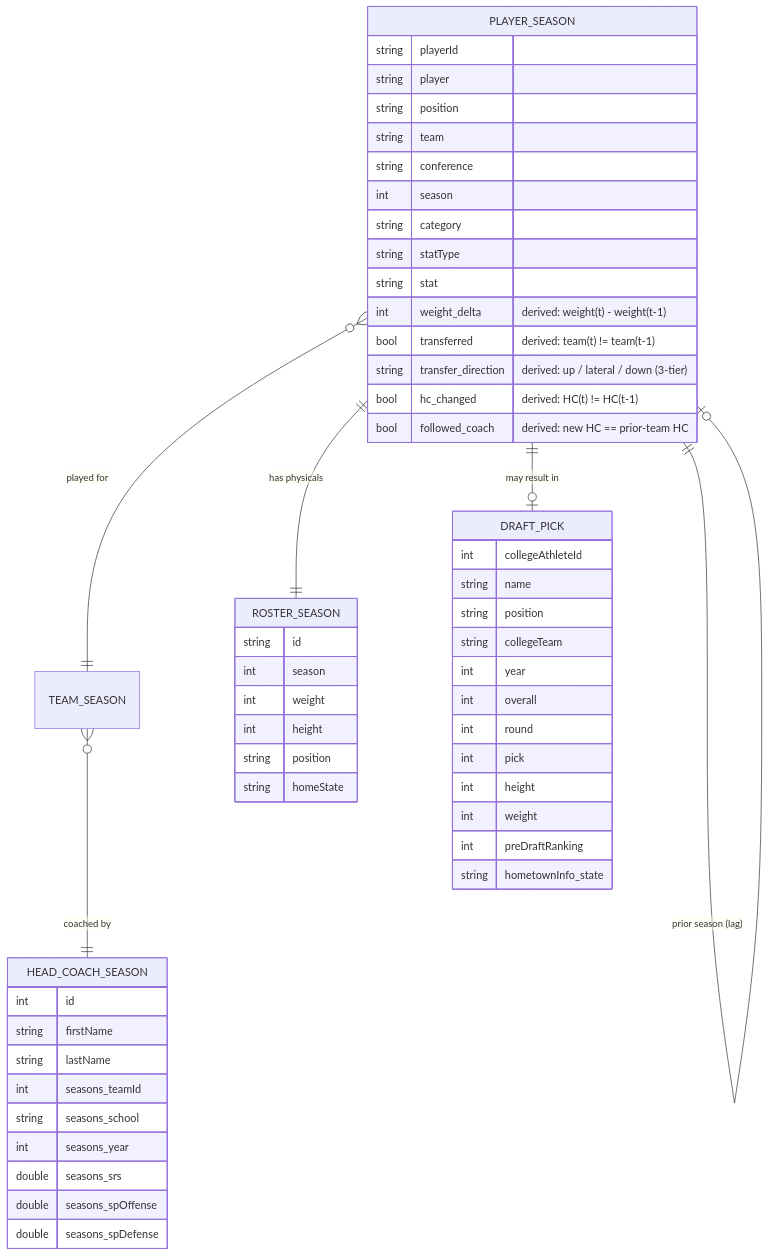
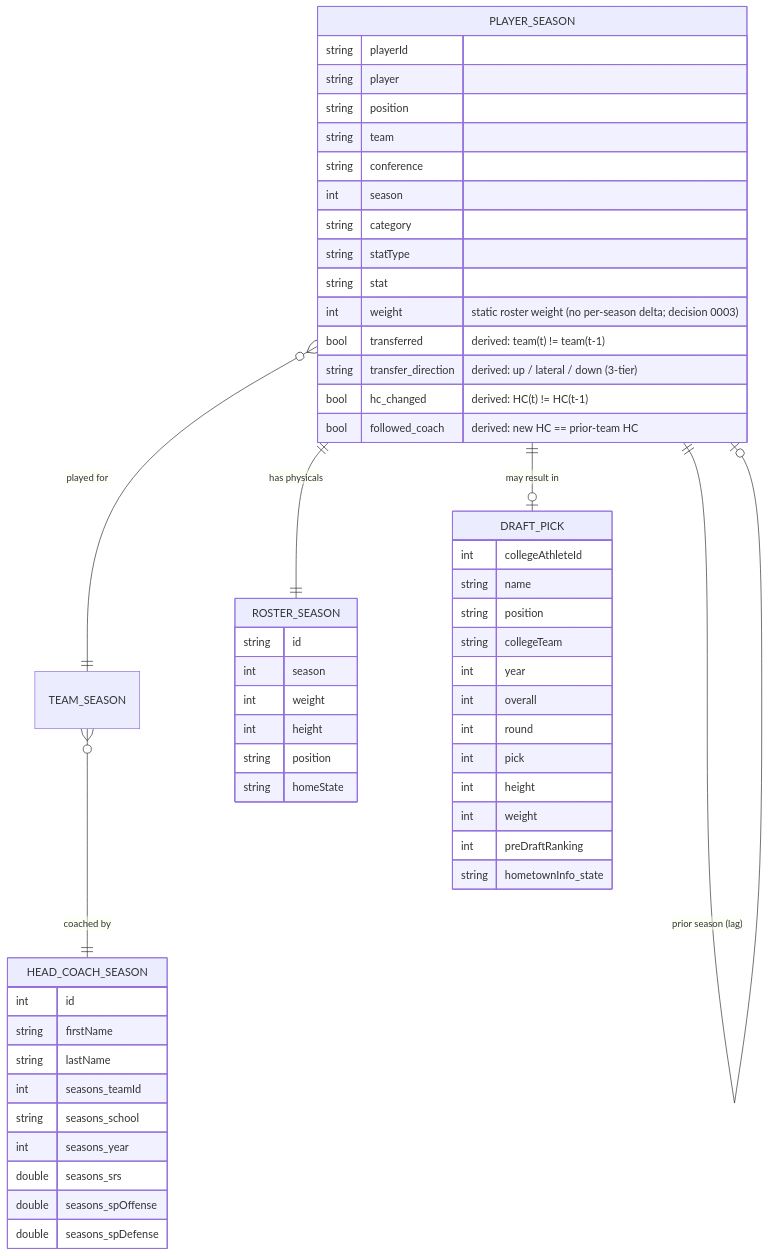
One commit to ngiangre/cfbstats changed the diagram in VISION.md. Above: the diagram before and after it, drawn with Mermaid. The commit also changed other lines of this file and 202 other files, not shown here.

````diff
--- a/VISION.md
+++ b/VISION.md
@@ -97,58 +99,58 @@
 ```mermaid
 erDiagram
     PLAYER_SEASON }o--|| TEAM_SEASON : "played for"
     PLAYER_SEASON ||--|| ROSTER_SEASON : "has physicals"
     PLAYER_SEASON ||--o| PLAYER_SEASON : "prior season (lag)"
     TEAM_SEASON }o--|| HEAD_COACH_SEASON : "coached by"
     PLAYER_SEASON ||--o| DRAFT_PICK : "may result in"
 
     PLAYER_SEASON {
         string playerId
         string player
         string position
         string team
         string conference
         int season
         string category
         string statType
         string stat
-        int weight_delta "derived: weight(t) - weight(t-1)"
+        int weight "static roster weight (no per-season delta; decision 0003)"
         bool transferred "derived: team(t) != team(t-1)"
         string transfer_direction "derived: up / lateral / down (3-tier)"
         bool hc_changed "derived: HC(t) != HC(t-1)"
         bool followed_coach "derived: new HC == prior-team HC"
     }
     ROSTER_SEASON {
         string id
         int season
         int weight
         int height
         string position
         string homeState
     }
     DRAFT_PICK {
         int collegeAthleteId
         string name
         string position
         string collegeTeam
         int year
         int overall
         int round
         int pick
         int height
         int weight
         int preDraftRanking
         string hometownInfo_state
     }
     HEAD_COACH_SEASON {
         int id
         string firstName
         string lastName
         int seasons_teamId
         string seasons_school
         int seasons_year
         double seasons_srs
         double seasons_spOffense
         double seasons_spDefense
     }
 ```
````
